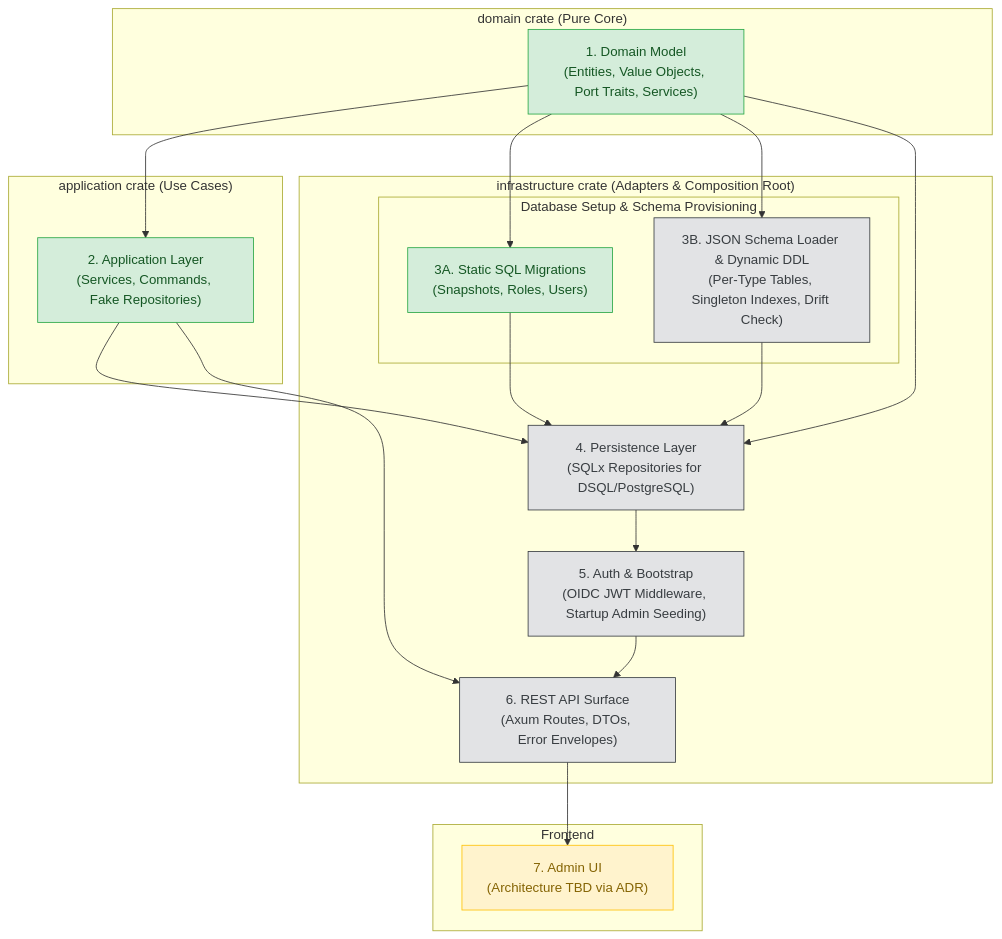
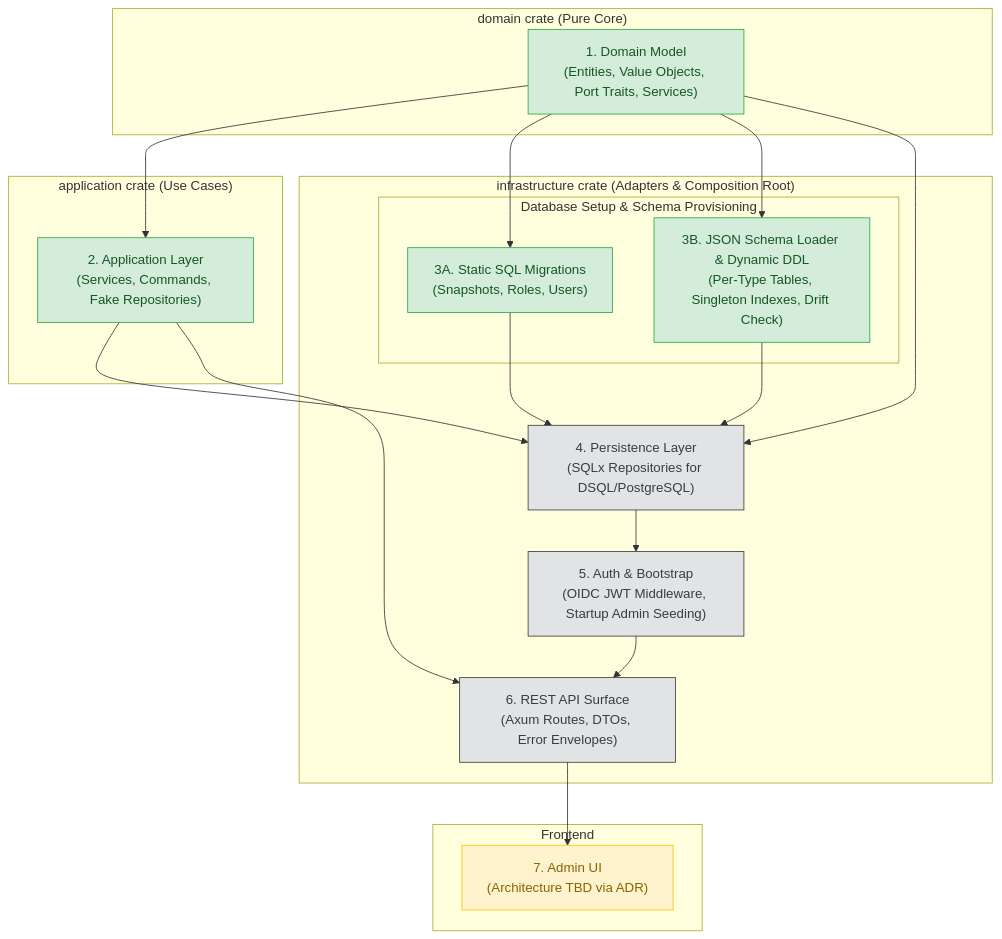
The diagram in docs/roadmap.md (luminair-cms/luminair-service-aws-dsql), drawn with Mermaid before and after one commit. The commit also changed other lines of this file and 6 other files, not shown here.

First line of the commit message:
docs: reconcile roadmap, architecture, data model, and ADRs with Aurora DSQL foreign keys

````diff
--- a/docs/roadmap.md
+++ b/docs/roadmap.md
@@ -9,43 +9,43 @@
 ```mermaid
 flowchart TD
     classDef done fill:#d4edda,stroke:#28a745,color:#155724;
     classDef planned fill:#e2e3e5,stroke:#383d41,color:#383d41;
     classDef tbd fill:#fff3cd,stroke:#ffc107,color:#856404;
 
     subgraph CrateDomain["domain crate (Pure Core)"]
         Domain["1. Domain Model<br/>(Entities, Value Objects, Port Traits, Services)"]:::done
     end
 
     subgraph CrateApp["application crate (Use Cases)"]
         App["2. Application Layer<br/>(Services, Commands, Fake Repositories)"]:::done
     end
 
     subgraph CrateInfra["infrastructure crate (Adapters & Composition Root)"]
         subgraph SubgraphDB["Database Setup & Schema Provisioning"]
             StaticMig["3A. Static SQL Migrations<br/>(Snapshots, Roles, Users)"]:::done
-            SchemaLoader["3B. JSON Schema Loader & Dynamic DDL<br/>(Per-Type Tables, Singleton Indexes, Drift Check)"]:::planned
+            SchemaLoader["3B. JSON Schema Loader & Dynamic DDL<br/>(Per-Type Tables, Singleton Indexes, Drift Check)"]:::done
         end
 
         Persistence["4. Persistence Layer<br/>(SQLx Repositories for DSQL/PostgreSQL)"]:::planned
         Auth["5. Auth & Bootstrap<br/>(OIDC JWT Middleware, Startup Admin Seeding)"]:::planned
         RestApi["6. REST API Surface<br/>(Axum Routes, DTOs, Error Envelopes)"]:::planned
     end
 
     subgraph ClientLayer["Frontend"]
         UI["7. Admin UI<br/>(Architecture TBD via ADR)"]:::tbd
     end
 
     Domain --> App
     Domain --> StaticMig
     Domain --> SchemaLoader
     Domain --> Persistence
 
     App --> Persistence
     StaticMig --> Persistence
     SchemaLoader --> Persistence
 
     Persistence --> Auth
     Auth --> RestApi
     App --> RestApi
     RestApi --> UI
 ```
````
